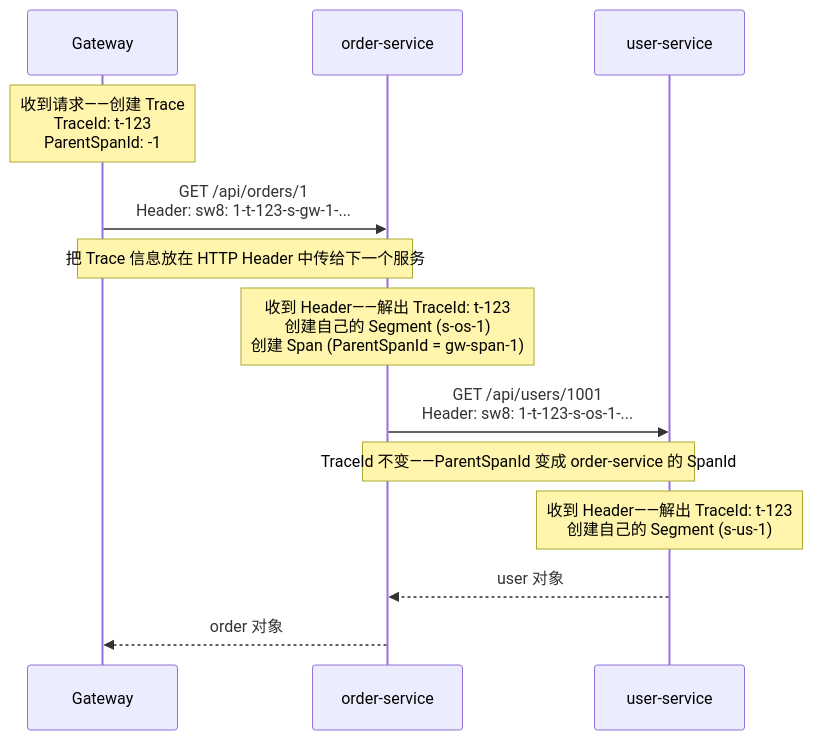
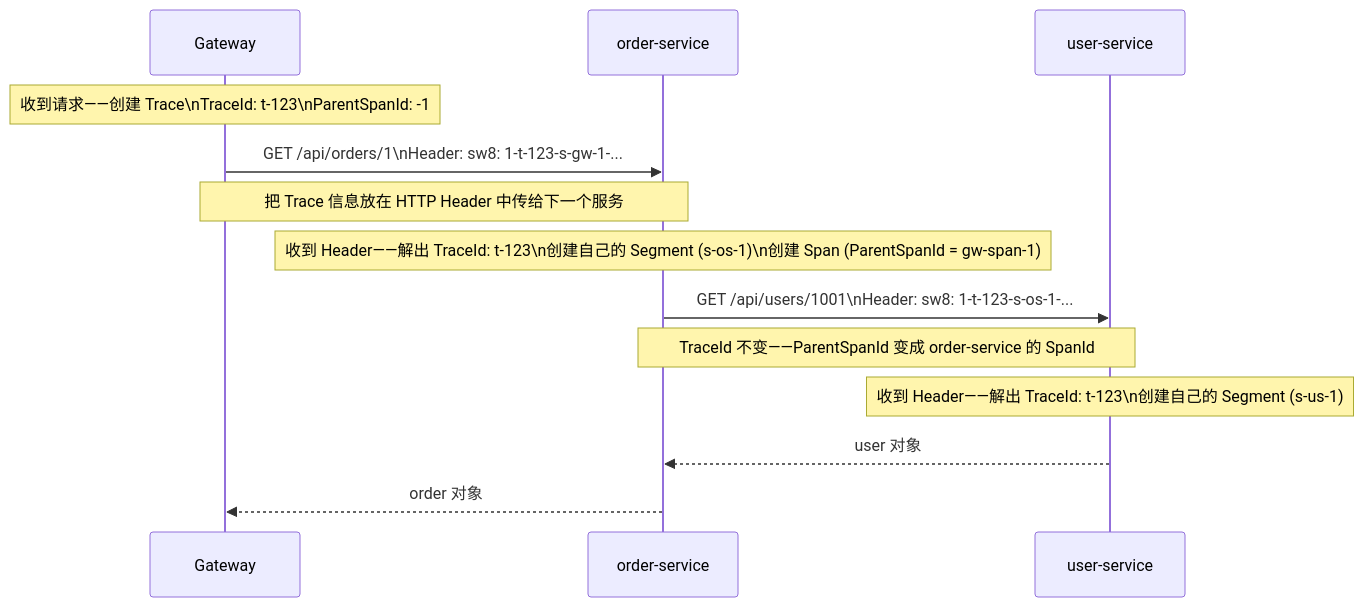
One commit to yaocat55/yaocat55.github.io changed the diagram in content/posts/skywalking/SkyWalkingFundamentals.md. Above: the diagram before and after it, drawn with Mermaid. The commit also changed 155 other files, not shown here.

````diff
--- a/content/posts/skywalking/SkyWalkingFundamentals.md
+++ b/content/posts/skywalking/SkyWalkingFundamentals.md
@@ -125,21 +125,21 @@
 ```mermaid
 sequenceDiagram
     participant GW as Gateway
     participant OS as order-service
     participant US as user-service
 
-    Note over GW: 收到请求——创建 Trace<br/>TraceId: t-123<br/>ParentSpanId: -1
+    Note over GW: 收到请求——创建 Trace\nTraceId: t-123\nParentSpanId: -1
     
-    GW->>OS: GET /api/orders/1<br/>Header: sw8: 1-t-123-s-gw-1-...
+    GW->>OS: GET /api/orders/1\nHeader: sw8: 1-t-123-s-gw-1-...
     Note over GW,OS: 把 Trace 信息放在 HTTP Header 中传给下一个服务
 
-    Note over OS: 收到 Header——解出 TraceId: t-123<br/>创建自己的 Segment (s-os-1)<br/>创建 Span (ParentSpanId = gw-span-1)
+    Note over OS: 收到 Header——解出 TraceId: t-123\n创建自己的 Segment (s-os-1)\n创建 Span (ParentSpanId = gw-span-1)
 
-    OS->>US: GET /api/users/1001<br/>Header: sw8: 1-t-123-s-os-1-...
+    OS->>US: GET /api/users/1001\nHeader: sw8: 1-t-123-s-os-1-...
     Note over OS,US: TraceId 不变——ParentSpanId 变成 order-service 的 SpanId
 
-    Note over US: 收到 Header——解出 TraceId: t-123<br/>创建自己的 Segment (s-us-1)
+    Note over US: 收到 Header——解出 TraceId: t-123\n创建自己的 Segment (s-us-1)
 
     US-->>OS: user 对象
     OS-->>GW: order 对象
 ```
````
